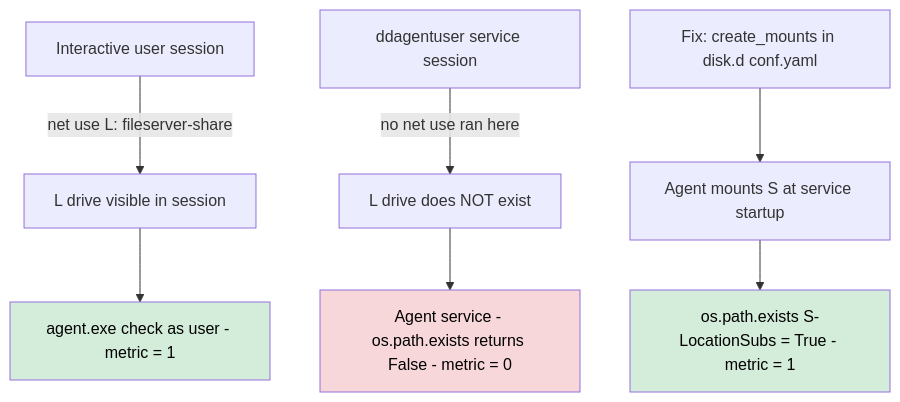
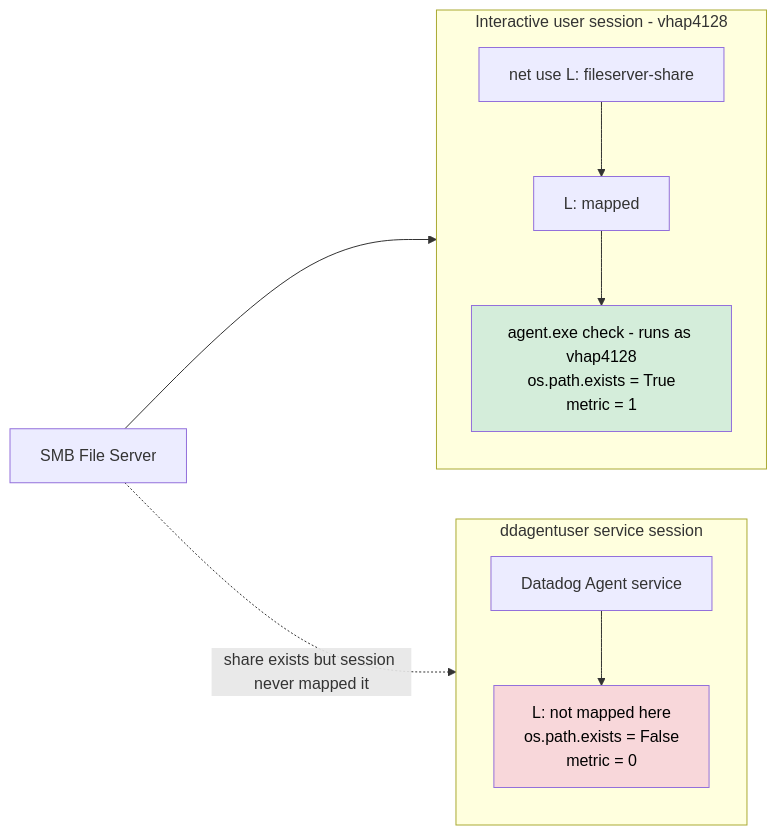
Before and after one commit to ddalexvea/datadog-sandboxes-by-ai: the first of 2 diagrams in integrations/windows-custom-check-drive-visibility/README.md, drawn with Mermaid. The commit also changed other lines of this file, not shown here.

Commit message:
split schema into two diagrams: issue and fix

````diff
--- a/integrations/windows-custom-check-drive-visibility/README.md
+++ b/integrations/windows-custom-check-drive-visibility/README.md
@@ -24,15 +26,19 @@
 ```mermaid
-flowchart TD
-    A[Interactive user session] -->|net use L: fileserver-share| B[L drive visible in session]
-    B --> C[agent.exe check as user - metric = 1]
+flowchart LR
+    FS[SMB File Server]
 
-    D[ddagentuser service session] -->|no net use ran here| E[L drive does NOT exist]
-    E --> F[Agent service - os.path.exists returns False - metric = 0]
+    subgraph user_session [Interactive user session - vhap4128]
+        U[net use L: fileserver-share] --> L[L: mapped]
+        L --> CHK[agent.exe check - runs as vhap4128\nos.path.exists = True\nmetric = 1]
+    end
 
-    G[Fix: create_mounts in disk.d conf.yaml] --> H[Agent mounts S at service startup]
-    H --> I[os.path.exists S-LocationSubs = True - metric = 1]
+    subgraph svc_session [ddagentuser service session]
+        DD[Datadog Agent service] --> NO[L: not mapped here\nos.path.exists = False\nmetric = 0]
+    end
 
-    style C fill:#d4edda,color:#000
-    style F fill:#f8d7da,color:#000
-    style I fill:#d4edda,color:#000
+    FS --> user_session
+    FS -.->|share exists but session never mapped it| svc_session
+
+    style CHK fill:#d4edda,color:#000
+    style NO fill:#f8d7da,color:#000
 ```
````
